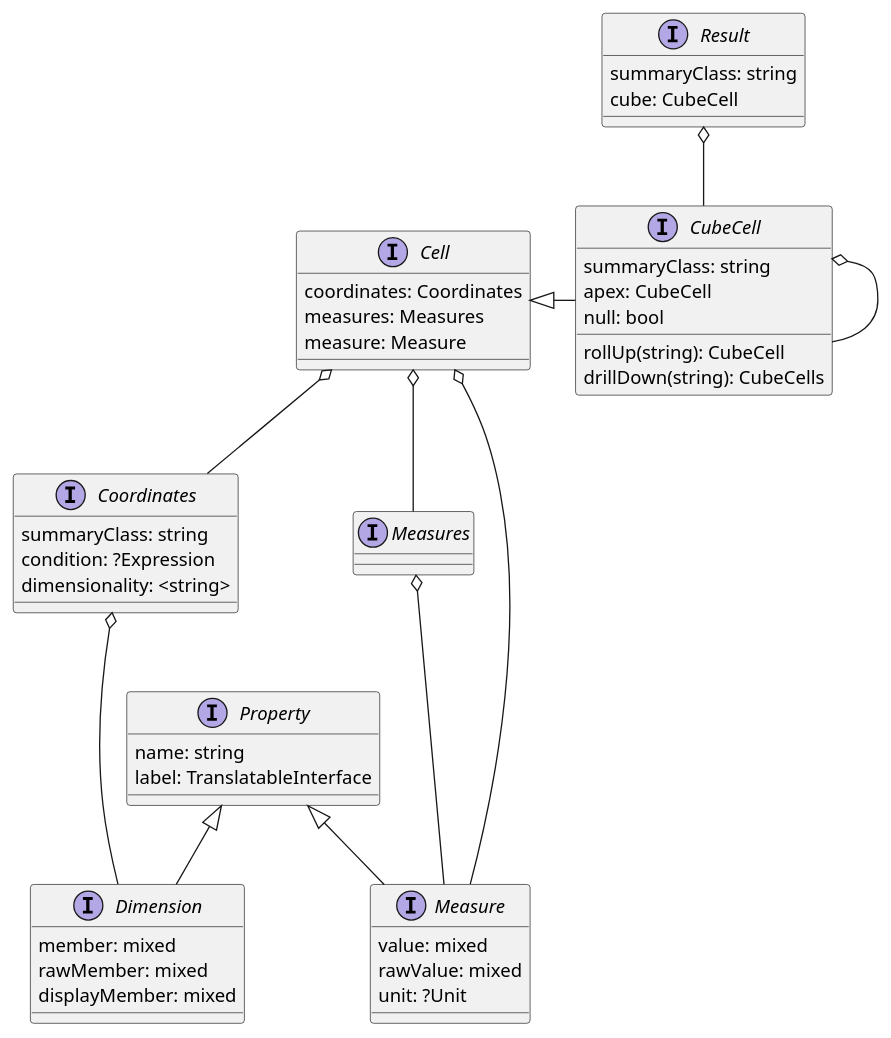
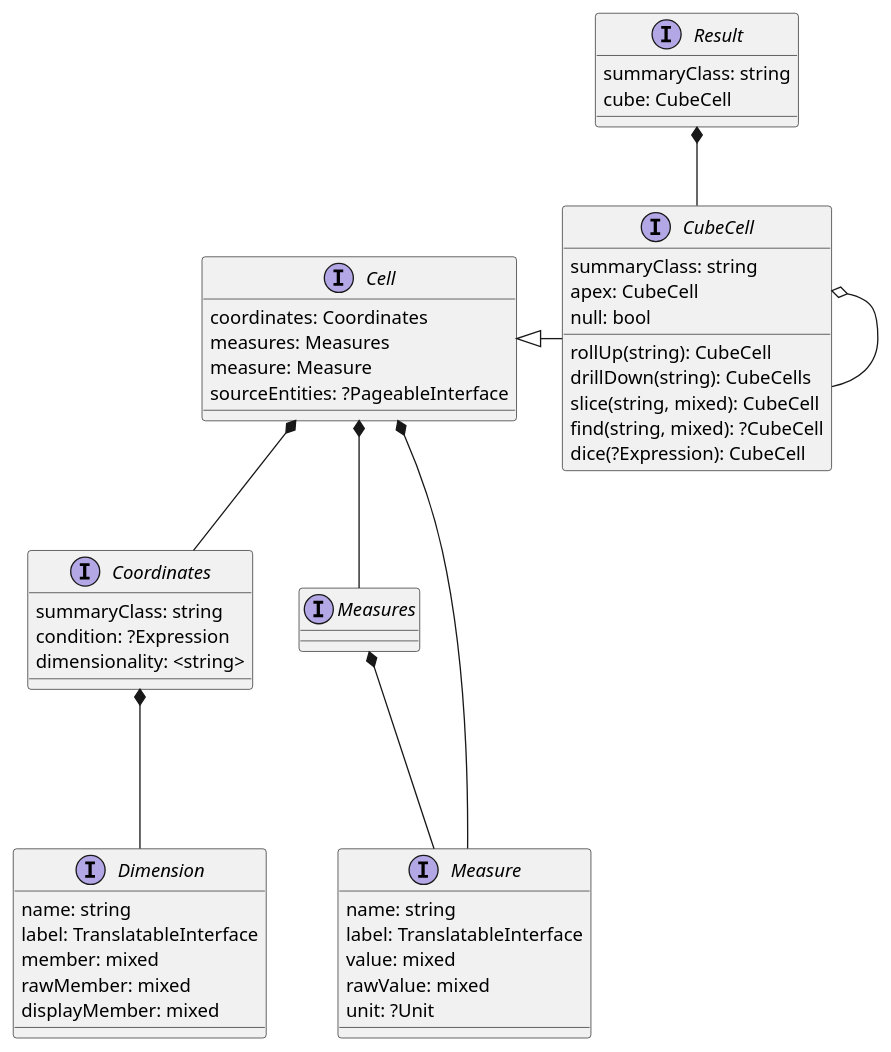
Before and after one commit to rekalogika/rekalogika-docs: the diagram in docs/analytics/04-query/diagrams/cube.puml, drawn with PlantUML. The commit also changed 1 other file, not shown here.

Commit message:
source entities

```diff
--- a/docs/analytics/04-query/diagrams/cube.puml
+++ b/docs/analytics/04-query/diagrams/cube.puml
@@ -1,65 +1,64 @@
 @startuml
 
 interface Result {
     summaryClass: string
     cube: CubeCell
 }
 
-Result o-- CubeCell
+Result *-- CubeCell
 
 interface Cell {
     coordinates: Coordinates
     measures: Measures
     measure: Measure
+    sourceEntities: ?PageableInterface
 }
 
-Cell o-- Coordinates
-Cell o-- Measures
-Cell o-- Measure
+Cell *-- Coordinates
+Cell *-- Measures
+Cell *-- Measure
 
 interface CubeCell {
     summaryClass: string
     apex: CubeCell
     null: bool
     rollUp(string): CubeCell
     drillDown(string): CubeCells
+    slice(string, mixed): CubeCell
+    find(string, mixed): ?CubeCell
+    dice(?Expression): CubeCell
 }
 
 Cell <|- CubeCell
 CubeCell o-- CubeCell
 
-interface Property {
+interface Dimension {
     name: string
     label: TranslatableInterface
-}
-
-interface Dimension {
     member: mixed
     rawMember: mixed
     displayMember: mixed
 }
 
-Property <|-- Dimension
-
 interface Measure {
+    name: string
+    label: TranslatableInterface
     value: mixed
     rawValue: mixed
     unit: ?Unit
 }
-
-Property <|-- Measure
 
 interface Coordinates {
     summaryClass: string
     condition: ?Expression
     dimensionality: <string>
 }
 
-Coordinates o--- Dimension
+Coordinates *--- Dimension
 
 interface Measures {
 }
 
-Measures o--- Measure
+Measures *--- Measure
 
 @endu
```
